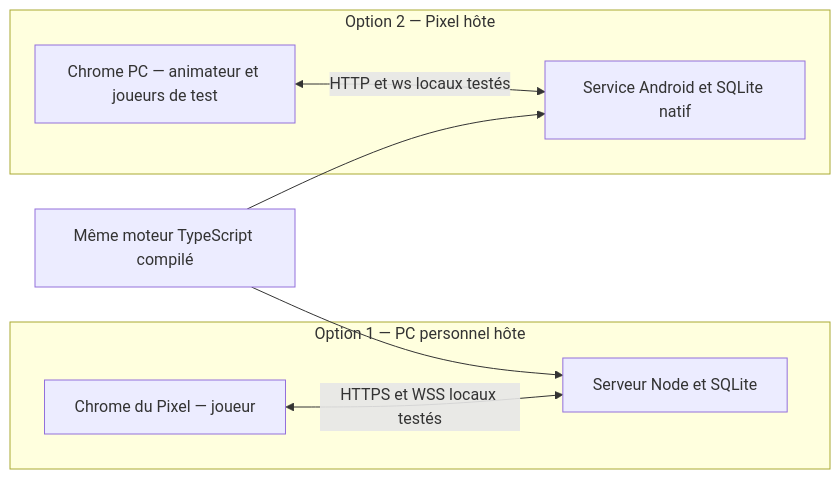
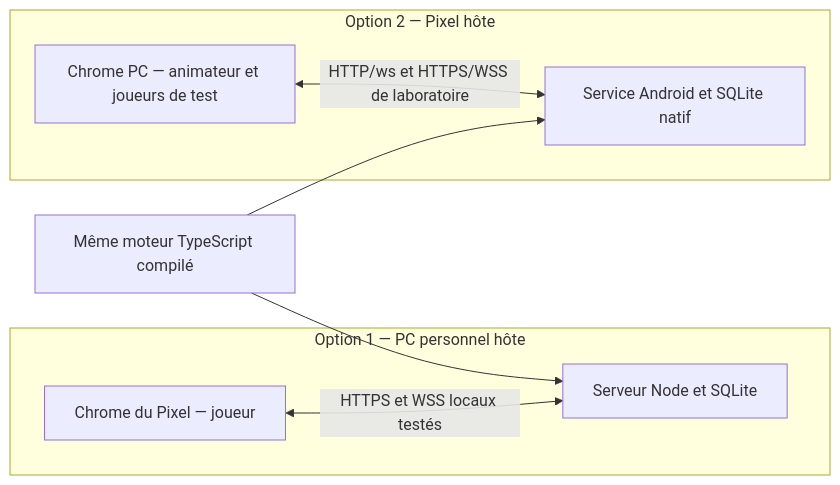
Before and after one commit to Tescka-git/Quiz: the first of 5 diagrams in docs/pour l'humain/SCHEMAS_ARCHITECTURE.md, drawn with Mermaid. The commit also changed other lines of this file and 20 other files, not shown here.

First line of the commit message:
feat: ajouter HTTPS/WSS de laboratoire sur l’hôte Android

````diff
--- a/docs/pour l'humain/SCHEMAS_ARCHITECTURE.md
+++ b/docs/pour l'humain/SCHEMAS_ARCHITECTURE.md
@@ -9,15 +9,15 @@
 ```mermaid
 flowchart LR
     Engine[Même moteur TypeScript compilé] --> Node
     Engine --> Android
     subgraph OptionPC[Option 1 — PC personnel hôte]
         Node[Serveur Node et SQLite]
         PixelClient[Chrome du Pixel — joueur]
         PixelClient <-->|HTTPS et WSS locaux testés| Node
     end
     subgraph OptionAndroid[Option 2 — Pixel hôte]
         Android[Service Android et SQLite natif]
         PCBrowser[Chrome PC — animateur et joueurs de test]
-        PCBrowser <-->|HTTP et ws locaux testés| Android
+        PCBrowser <-->|HTTP/ws et HTTPS/WSS de laboratoire| Android
     end
 ```
````
